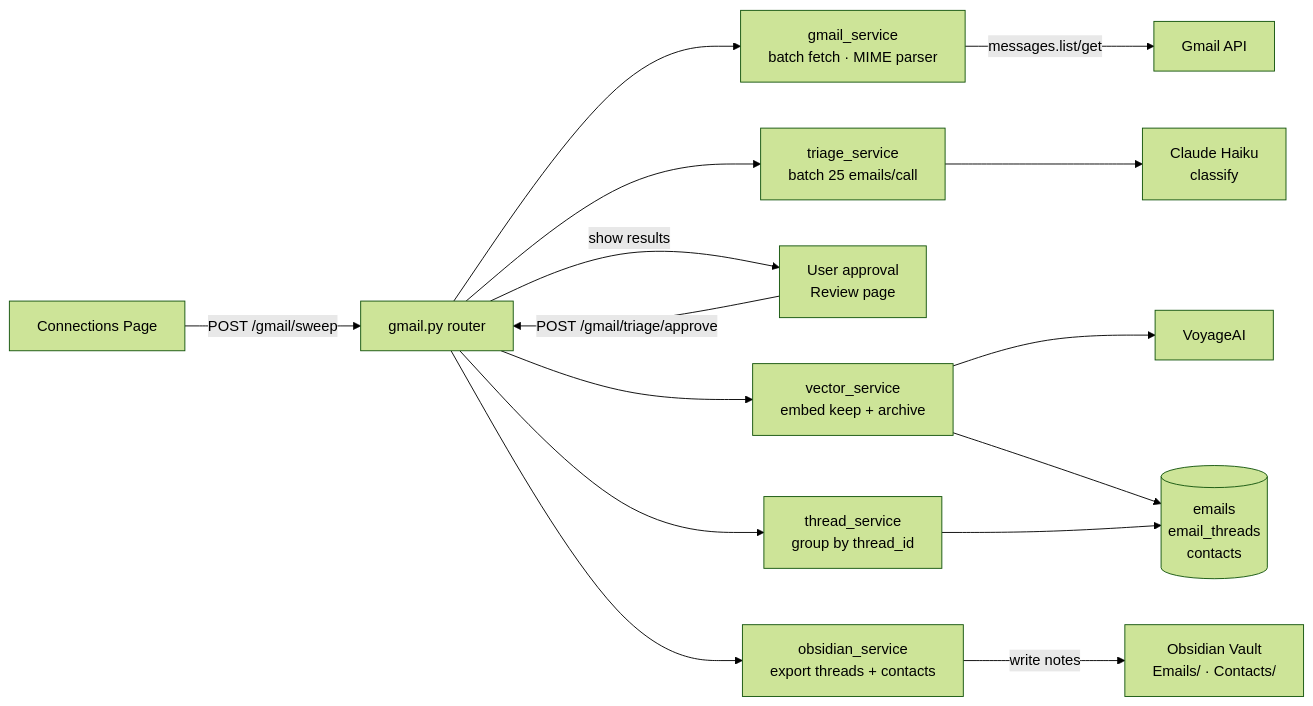
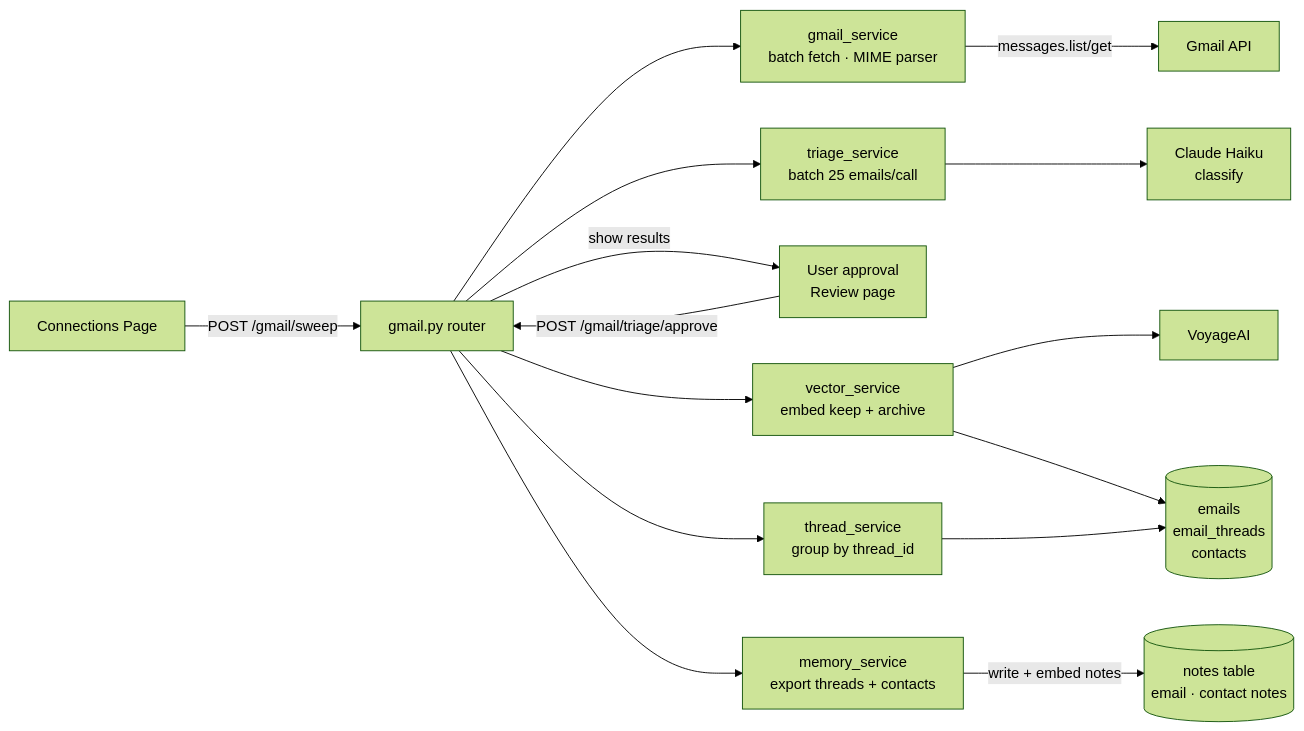
One commit to yuvanadarsh/meridian changed the third of 6 diagrams in docs/ARCHITECTURE.md. Above: the diagram before and after it, drawn with Mermaid (forest theme). The commit also changed other lines of this file and 2 other files, not shown here.

First line of the commit message:
chore: update CLAUDE.md, README, and docs/ARCHITECTURE.md

````diff
--- a/docs/ARCHITECTURE.md
+++ b/docs/ARCHITECTURE.md
@@ -69,31 +66,31 @@
 ```mermaid
 flowchart LR
     UI["Connections Page"]
     GmailR["gmail.py router"]
     GmailSvc["gmail_service\nbatch fetch · MIME parser"]
     GmailAPI["Gmail API"]
     TriageSvc["triage_service\nbatch 25 emails/call"]
     Haiku["Claude Haiku\nclassify"]
     User2["User approval\nReview page"]
     VecSvc["vector_service\nembed keep + archive"]
     VoyageAPI["VoyageAI"]
     ThreadSvc["thread_service\ngroup by thread_id"]
-    ObsSvc["obsidian_service\nexport threads + contacts"]
-    ObsVault["Obsidian Vault\nEmails/ · Contacts/"]
+    MemSvc["memory_service\nexport threads + contacts"]
+    NotesDB[("notes table\nemail · contact notes")]
     DB[("emails\nemail_threads\ncontacts")]
 
     UI -->|"POST /gmail/sweep"| GmailR
     GmailR --> GmailSvc
     GmailSvc -->|"messages.list/get"| GmailAPI
     GmailR --> TriageSvc
     TriageSvc --> Haiku
     GmailR -->|"show results"| User2
     User2 -->|"POST /gmail/triage/approve"| GmailR
     GmailR --> VecSvc
     VecSvc --> VoyageAPI
     VecSvc --> DB
     GmailR --> ThreadSvc
     ThreadSvc --> DB
-    GmailR --> ObsSvc
-    ObsSvc -->|"write notes"| ObsVault
+    GmailR --> MemSvc
+    MemSvc -->|"write + embed notes"| NotesDB
 ```
````
